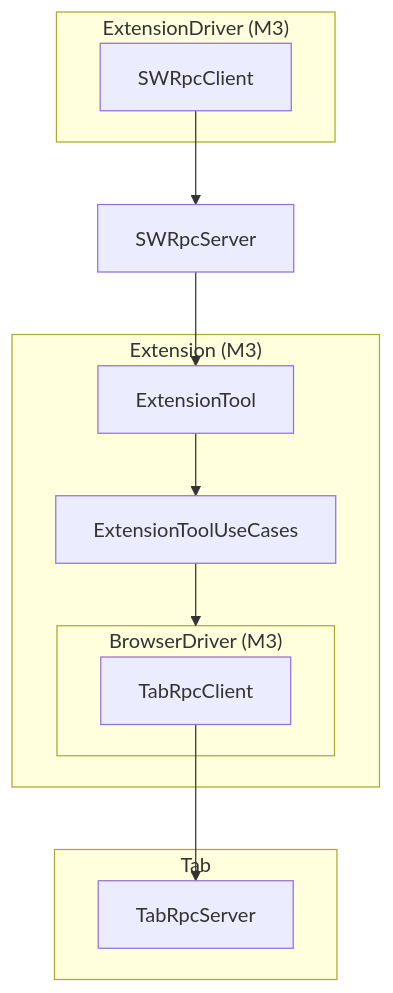
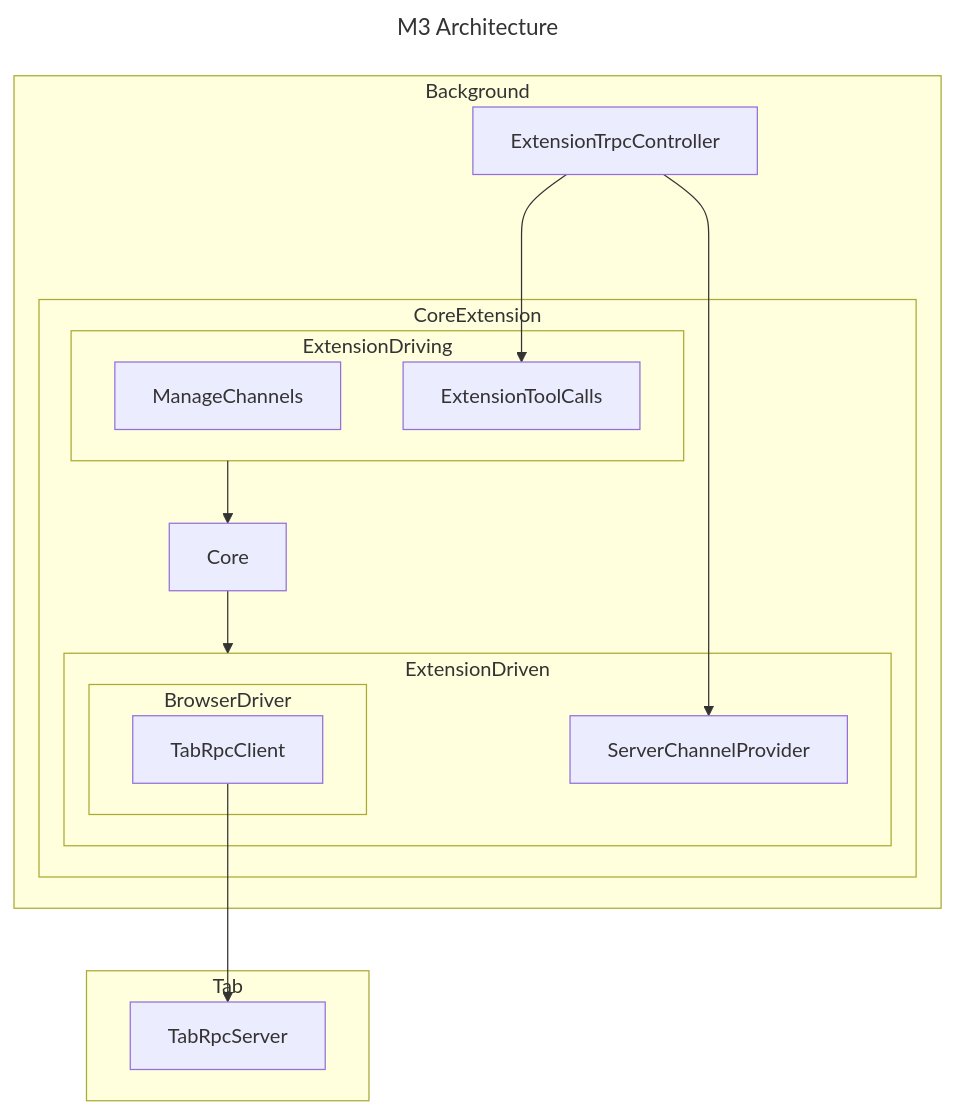
Before and after one commit to ndthanhdev/mcp-browser-kit: the fifth of 5 diagrams in docs/architecture.md, drawn with Mermaid. The commit also changed other lines of this file and 240 other files, not shown here.

````diff
--- a/docs/architecture.md
+++ b/docs/architecture.md
@@ -59,25 +144,39 @@
 ```mermaid
+---
+title: M3 Architecture
+---
 flowchart TD
-  subgraph ExtensionDriver["ExtensionDriver (M3)"]
-    SWRpcClient
+  subgraph Background["Background"]
+    ExtensionTrpcController["ExtensionTrpcController"]
+    CoreExtension
   end
+
   subgraph Tab
     TabRpcServer
-    SWRpcClient
   end
-  subgraph BrowserDriver["BrowserDriver (M3)"]
+  subgraph BrowserDriver["BrowserDriver"]
     TabRpcClient
   end
-  SWRpcServer
-  subgraph Extension["Extension (M3)"]
-    ExtensionTool
-    ExtensionToolUseCases
+
+  subgraph ExtensionDriving["ExtensionDriving"]
+    ManageChannels
+    ExtensionToolCalls
+  end
+
+  subgraph ExtensionDriven["ExtensionDriven"]
     BrowserDriver
+    ServerChannelProvider
   end
-  Tab
-  SWRpcClient --> SWRpcServer
-  SWRpcServer --> ExtensionTool
-  ExtensionTool --> ExtensionToolUseCases
-  ExtensionToolUseCases --> BrowserDriver
+
+  subgraph CoreExtension["CoreExtension"]
+    ExtensionDriving
+    Core
+    ExtensionDriven
+  end
+
+  ExtensionTrpcController -----> ServerChannelProvider
+  ExtensionTrpcController ---> ExtensionToolCalls
+  ExtensionDriving --> Core
+  Core --> ExtensionDriven
   TabRpcClient --> TabRpcServer
 ```
````
